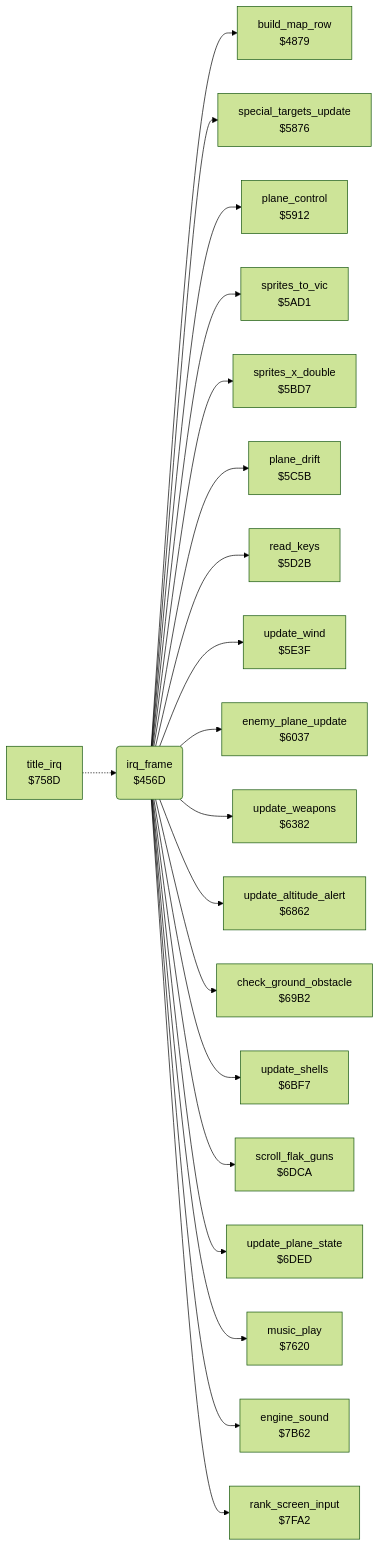
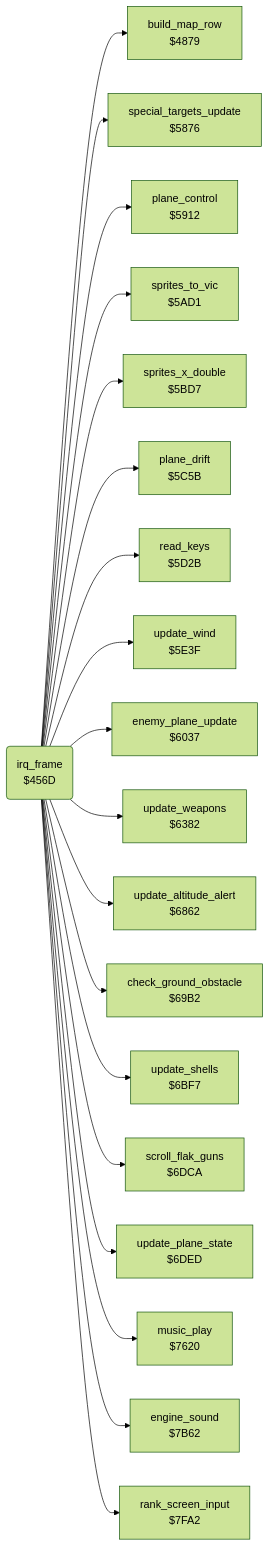
The diagram in blue_max/docs/reference/modules/irq/frame_irq.md (henols/c64_games), drawn with Mermaid (forest theme) before and after one commit. The commit also changed other lines of this file and 1100 other files, not shown here.

````diff
--- a/blue_max/docs/reference/modules/irq/frame_irq.md
+++ b/blue_max/docs/reference/modules/irq/frame_irq.md
@@ -10,42 +17,40 @@
 ```mermaid
 flowchart LR
   n456d("irq_frame<br/>$456D")
   n4879["build_map_row<br/>$4879"]
   n5876["special_targets_update<br/>$5876"]
   n5912["plane_control<br/>$5912"]
   n5ad1["sprites_to_vic<br/>$5AD1"]
   n5bd7["sprites_x_double<br/>$5BD7"]
   n5c5b["plane_drift<br/>$5C5B"]
   n5d2b["read_keys<br/>$5D2B"]
   n5e3f["update_wind<br/>$5E3F"]
   n6037["enemy_plane_update<br/>$6037"]
   n6382["update_weapons<br/>$6382"]
   n6862["update_altitude_alert<br/>$6862"]
   n69b2["check_ground_obstacle<br/>$69B2"]
   n6bf7["update_shells<br/>$6BF7"]
   n6dca["scroll_flak_guns<br/>$6DCA"]
   n6ded["update_plane_state<br/>$6DED"]
-  n758d["title_irq<br/>$758D"]
   n7620["music_play<br/>$7620"]
   n7b62["engine_sound<br/>$7B62"]
   n7fa2["rank_screen_input<br/>$7FA2"]
   n456d --> n4879
   n456d --> n5876
   n456d --> n5912
   n456d --> n5ad1
   n456d --> n5bd7
   n456d --> n5c5b
   n456d --> n5d2b
   n456d --> n5e3f
   n456d --> n6037
   n456d --> n6382
   n456d --> n6862
   n456d --> n69b2
   n456d --> n6bf7
   n456d --> n6dca
   n456d --> n6ded
   n456d --> n7620
   n456d --> n7b62
   n456d --> n7fa2
-  n758d -.-> n456d
 ```
````
